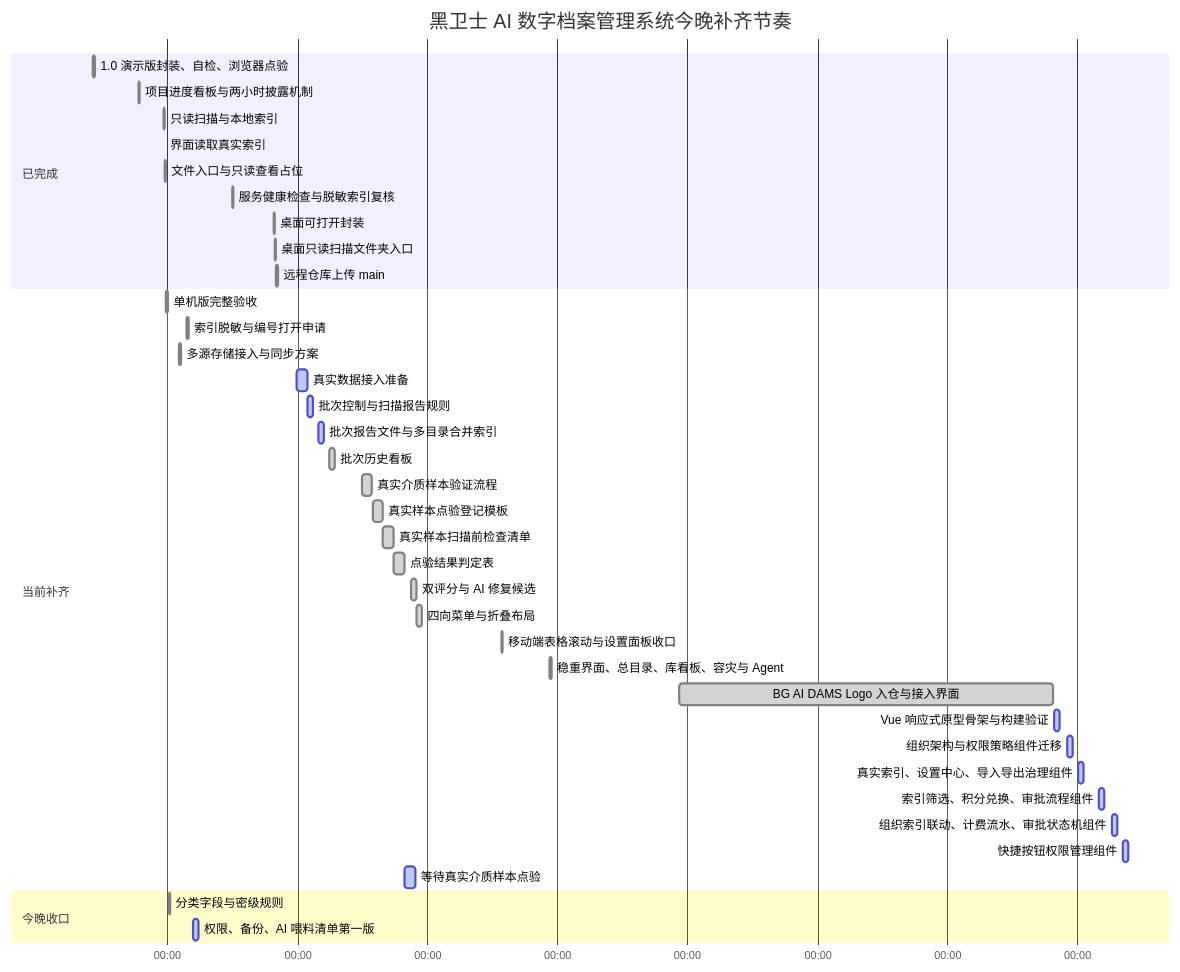
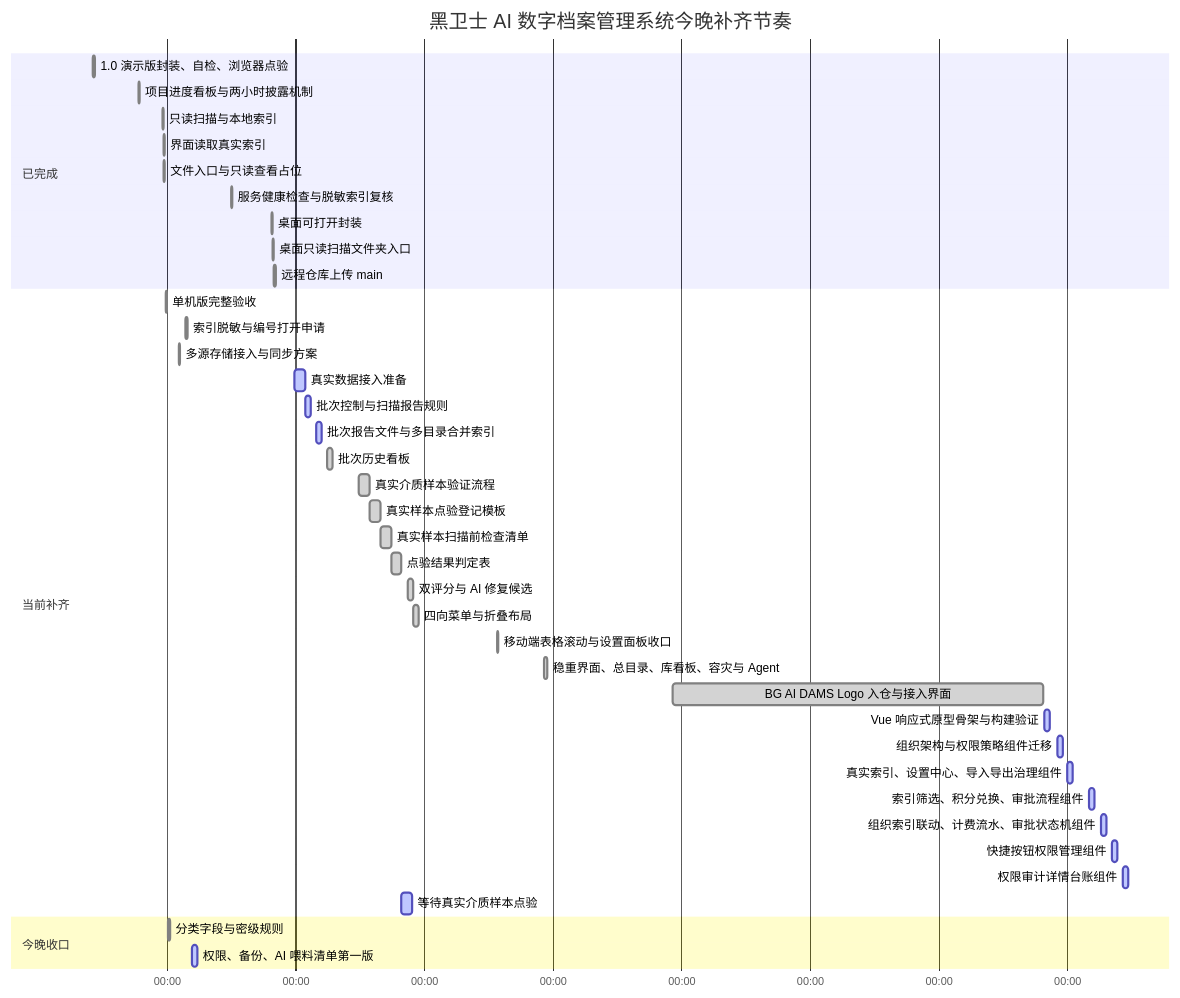
Before and after one commit to okalexhohongkong/Alex-Code-Repository: the diagram in 项目进度看板.md, drawn with Mermaid. The commit also changed other lines of this file and 12 other files, not shown here.

````diff
--- a/项目进度看板.md
+++ b/项目进度看板.md
@@ -24,46 +25,47 @@
 ```mermaid
 gantt
   title 黑卫士 AI 数字档案管理系统今晚补齐节奏
   dateFormat  YYYY-MM-DD HH:mm
   axisFormat  %H:%M
 
   section 已完成
   1.0 演示版封装、自检、浏览器点验        :done, demo-1, 2026-06-21 20:30, 1h
   项目进度看板与两小时披露机制             :done, demo-2, 2026-06-22 13:30, 25m
   只读扫描与本地索引                      :done, local-2, 2026-06-22 22:30, 25m
   界面读取真实索引                        :done, local-3, 2026-06-22 22:55, 20m
   文件入口与只读查看占位                   :done, local-4, 2026-06-22 23:05, 25m
   服务健康检查与脱敏索引复核                :done, local-health, 2026-06-24 00:10, 20m
   桌面可打开封装                           :done, desktop-1, 2026-06-24 15:10, 35m
   桌面只读扫描文件夹入口                    :done, desktop-2, 2026-06-24 15:43, 20m
   远程仓库上传 main                         :done, remote-1, 2026-06-24 16:00, 45m
 
   section 当前补齐
   单机版完整验收                          :done, local-5, 2026-06-22 23:35, 35m
   索引脱敏与编号打开申请                   :done, local-6, 2026-06-23 07:10, 35m
   多源存储接入与同步方案                   :done, storage-1, 2026-06-23 04:30, 35m
   真实数据接入准备                         :active, intake-1, 2026-06-24 23:42, 4h
   批次控制与扫描报告规则                   :active, intake-2, 2026-06-25 03:44, 2h
   批次报告文件与多目录合并索引              :active, intake-3, 2026-06-25 07:47, 2h
   批次历史看板                            :done, intake-4, 2026-06-25 11:50, 2h
   真实介质样本验证流程                    :done, intake-5, 2026-06-25 23:45, 4h
   真实样本点验登记模板                    :done, intake-6, 2026-06-26 03:46, 4h
   真实样本扫描前检查清单                  :done, intake-7, 2026-06-26 07:46, 4h
   点验结果判定表                          :done, intake-8, 2026-06-26 11:46, 4h
   双评分与 AI 修复候选                    :done, ui-score-1, 2026-06-26 18:00, 2h
   四向菜单与折叠布局                      :done, ui-menu-1, 2026-06-26 20:00, 2h
   移动端表格滚动与设置面板收口              :done, ui-mobile-1, 2026-06-28 03:20, 35m
   稳重界面、总目录、库看板、容灾与 Agent     :done, ui-search-1, 2026-06-28 21:00, 1h
   BG AI DAMS Logo 入仓与接入界面              :done, brand-1, 2026-06-30 21:00, 2026-07-06 15:10
   Vue 响应式原型骨架与构建验证                  :active, vue-1, 2026-07-06 15:40, 2h
   组织架构与权限策略组件迁移                    :active, vue-2, 2026-07-06 20:20, 2h
   真实索引、设置中心、导入导出治理组件             :active, vue-3, 2026-07-07 00:20, 2h
   索引筛选、积分兑换、审批流程组件                 :active, vue-4, 2026-07-07 08:10, 2h
   组织索引联动、计费流水、审批状态机组件             :active, vue-5, 2026-07-07 12:50, 2h
   快捷按钮权限管理组件                            :active, vue-6, 2026-07-07 16:55, 2h
+  权限审计详情台账组件                            :active, vue-7, 2026-07-07 20:55, 2h
   等待真实介质样本点验                    :active, intake-9, 2026-06-26 15:46, 4h
 
   section 今晚收口
   分类字段与密级规则                       :done, class-1, 2026-06-23 00:30, 45m
   权限、备份、AI 喂料清单第一版             :active, class-2, 2026-06-23 09:30, 2h
 ```
````
